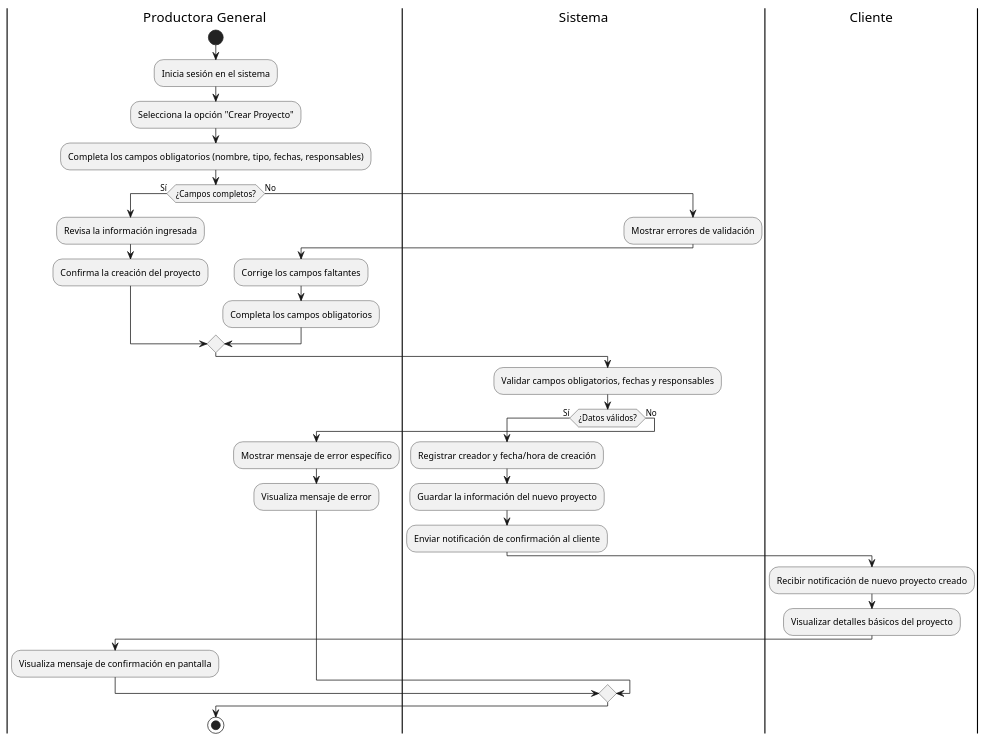
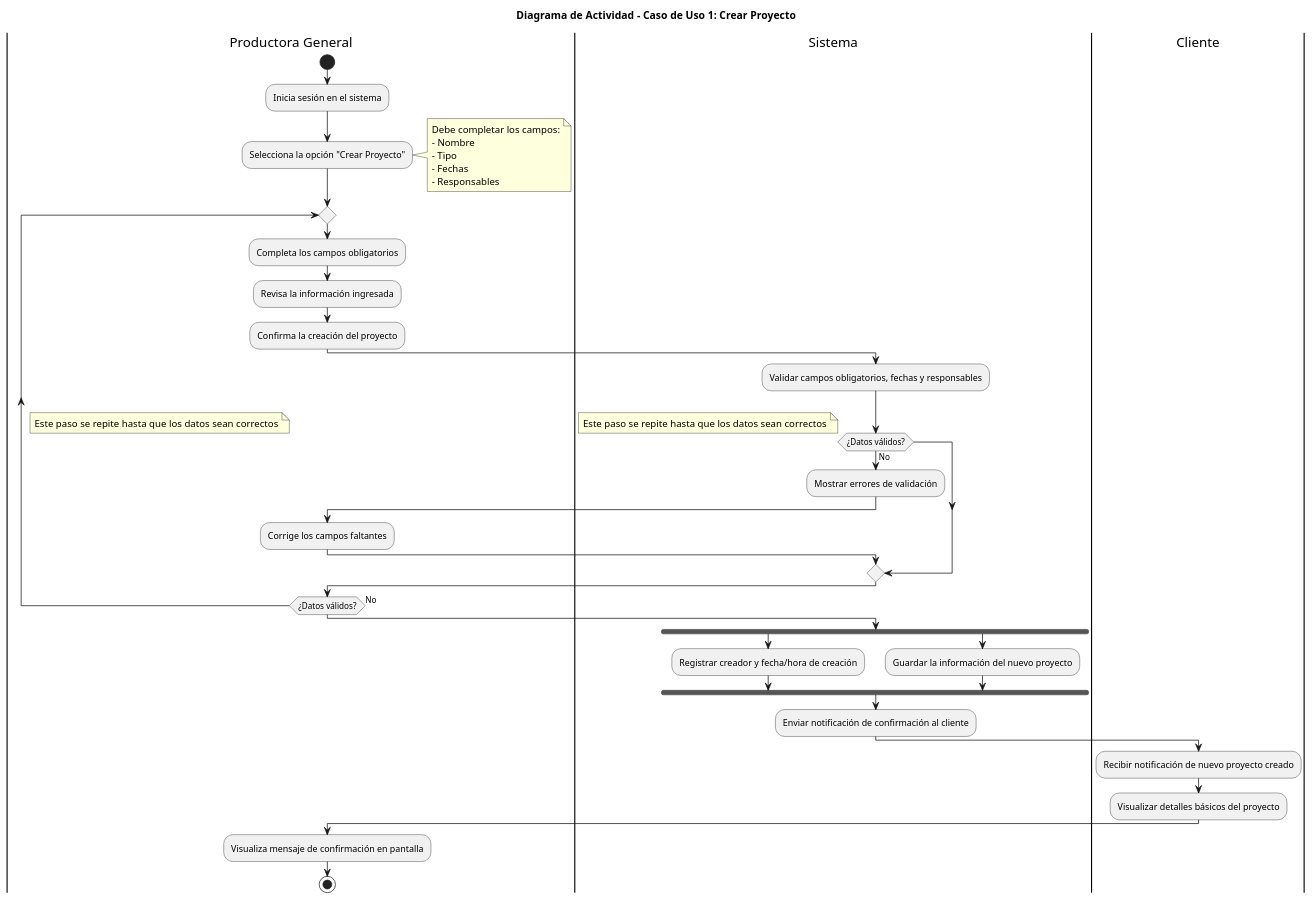
Before and after one commit to 9919-Mili/SistemaProductoraVideos: the diagram in diagramas/04-diagramas-actividades/04-actividad-crear-proyecto-caso-uso-01.puml, drawn with PlantUML. The commit also changed 3 other files, not shown here.

```diff
--- a/diagramas/04-diagramas-actividades/04-actividad-crear-proyecto-caso-uso-01.puml
+++ b/diagramas/04-diagramas-actividades/04-actividad-crear-proyecto-caso-uso-01.puml
@@ -1,37 +1,50 @@
 @startuml CrearProyecto
+
+title Diagrama de Actividad - Caso de Uso 1: Crear Proyecto
 
 |Productora General|
 start
 :Inicia sesión en el sistema;
 :Selecciona la opción "Crear Proyecto";
-:Completa los campos obligatorios (nombre, tipo, fechas, responsables);
-if (¿Campos completos?) then (Sí)
+note right
+Debe completar los campos:
+- Nombre
+- Tipo
+- Fechas
+- Responsables
+end note
+
+repeat
+  :Completa los campos obligatorios;
   :Revisa la información ingresada;
   :Confirma la creación del proyecto;
-else (No)
   |Sistema|
-  :Mostrar errores de validación;
-  |Productora General|
-  :Corrige los campos faltantes;
-  :Completa los campos obligatorios;
-endif
+  :Validar campos obligatorios, fechas y responsables;
+  if (¿Datos válidos?) then (No)
+  note
+  Este paso se repite hasta que los datos sean correctos
+  end note
+    :Mostrar errores de validación;
+    |Productora General|
+    :Corrige los campos faltantes;
+  endif
+repeat while (¿Datos válidos?) is (No)
 
 |Sistema|
-:Validar campos obligatorios, fechas y responsables;
-if (¿Datos válidos?) then (Sí)
+fork
   :Registrar creador y fecha/hora de creación;
+fork again
   :Guardar la información del nuevo proyecto;
-  :Enviar notificación de confirmación al cliente;
-  |Cliente|
-  :Recibir notificación de nuevo proyecto creado;
-  :Visualizar detalles básicos del proyecto;
-  |Productora General|
-  :Visualiza mensaje de confirmación en pantalla;
-else (No)
-  :Mostrar mensaje de error específico;
-  |Productora General|
-  :Visualiza mensaje de error;
-endif
+end fork
+
+:Enviar notificación de confirmación al cliente;
+
+|Cliente|
+:Recibir notificación de nuevo proyecto creado;
+:Visualizar detalles básicos del proyecto;
+
+|Productora General|
+:Visualiza mensaje de confirmación en pantalla;
 
 stop
 @enduml
```
